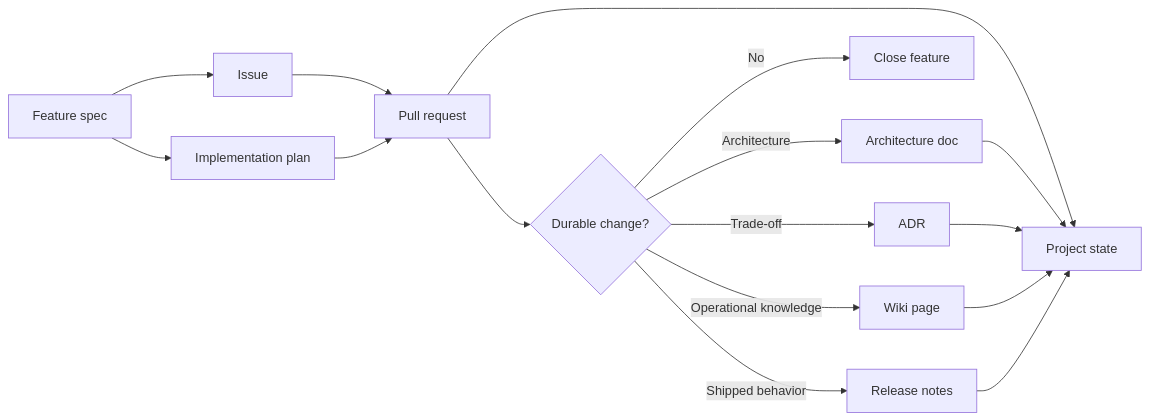
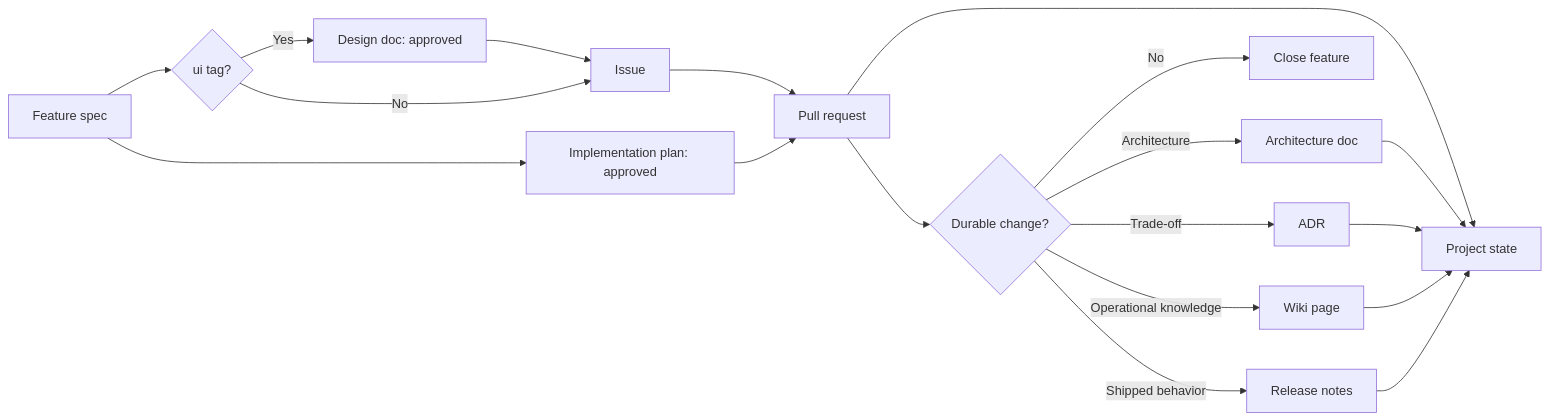
One commit to prishanf/AI-Development-Framework changed the diagram in diagrams/document-flow.md. Above: the diagram before and after it, drawn with Mermaid. The commit also changed 22 other files, not shown here.

````diff
--- a/diagrams/document-flow.md
+++ b/diagrams/document-flow.md
@@ -3,18 +3,21 @@
 ```mermaid
 flowchart LR
-    spec[Feature spec] --> issue[Issue]
-    spec --> plan[Implementation plan]
+    spec[Feature spec] --> uitag{ui tag?}
+    uitag -->|Yes| design[Design doc: approved]
+    uitag -->|No| issue[Issue]
+    design --> issue
+    spec --> plan[Implementation plan: approved]
     issue --> pr[Pull request]
     plan --> pr
     pr --> state[Project state]
     pr --> decision{Durable change?}
     decision -->|No| close[Close feature]
     decision -->|Architecture| architecture[Architecture doc]
     decision -->|Trade-off| adr[ADR]
     decision -->|Operational knowledge| wiki[Wiki page]
     decision -->|Shipped behavior| release[Release notes]
     architecture --> state
     adr --> state
     wiki --> state
     release --> state
 ```
````
